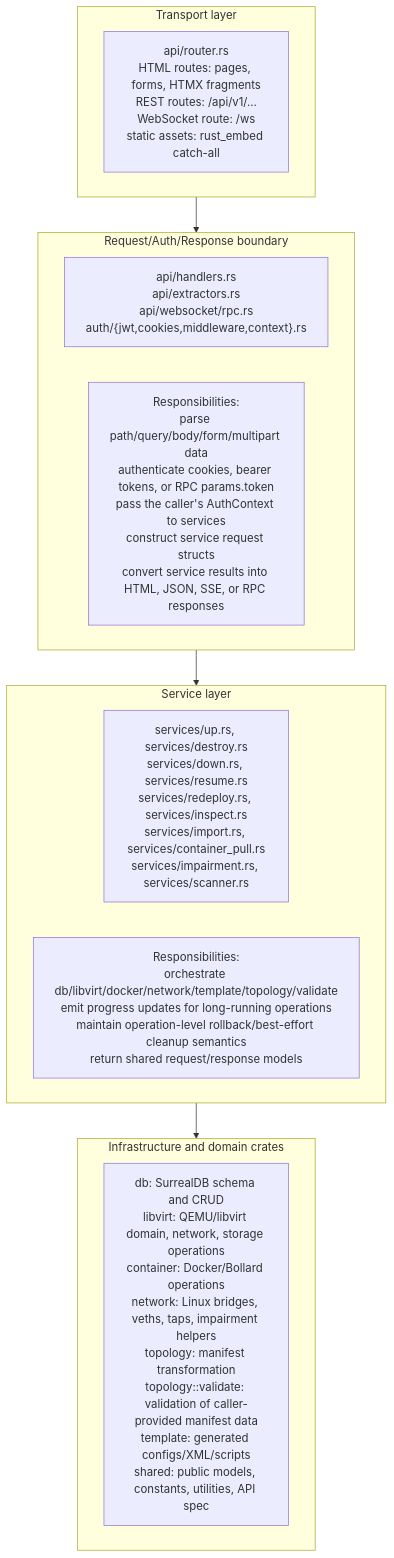
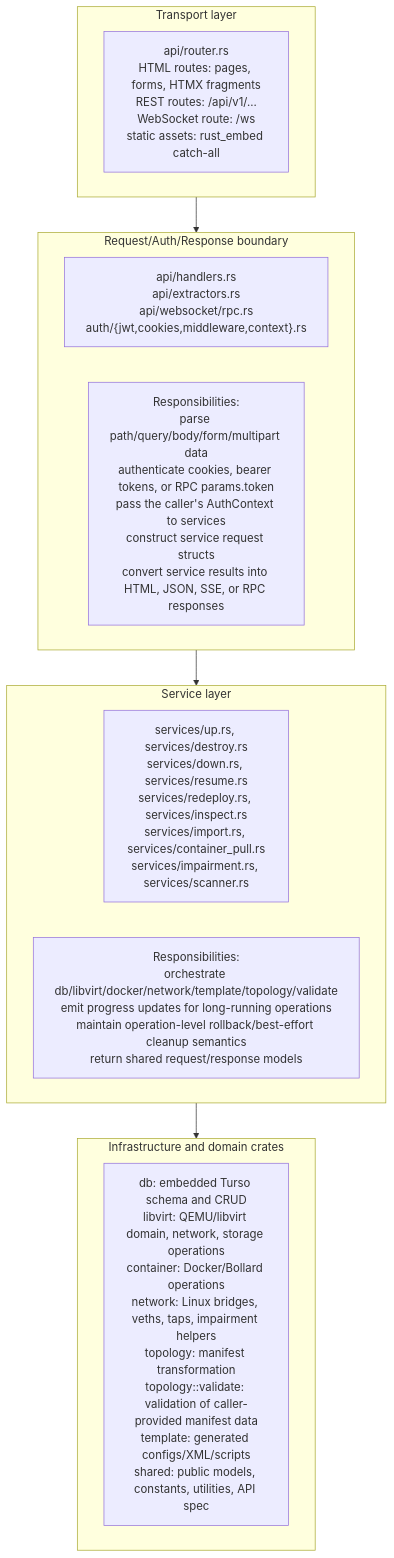
The second of 26 diagrams in docs/architecture/SERVER.md (bwks/sherpa), drawn with Mermaid before and after one commit. The commit also changed other lines of this file and 145 other files, not shown here.

````diff
--- a/docs/architecture/SERVER.md
+++ b/docs/architecture/SERVER.md
@@ -35,20 +35,20 @@
 ```mermaid
 flowchart TB
     subgraph transport["Transport layer"]
         router["api/router.rs<br/>HTML routes: pages, forms, HTMX fragments<br/>REST routes: /api/v1/...<br/>WebSocket route: /ws<br/>static assets: rust_embed catch-all"]
     end
     subgraph boundary["Request/Auth/Response boundary"]
         boundaryfiles["api/handlers.rs<br/>api/extractors.rs<br/>api/websocket/rpc.rs<br/>auth/{jwt,cookies,middleware,context}.rs"]
         boundaryduties["Responsibilities:<br/>parse path/query/body/form/multipart data<br/>authenticate cookies, bearer tokens, or RPC params.token<br/>pass the caller's AuthContext to services<br/>construct service request structs<br/>convert service results into HTML, JSON, SSE, or RPC responses"]
     end
     subgraph servicelayer["Service layer"]
         servicefiles["services/up.rs, services/destroy.rs<br/>services/down.rs, services/resume.rs<br/>services/redeploy.rs, services/inspect.rs<br/>services/import.rs, services/container_pull.rs<br/>services/impairment.rs, services/scanner.rs"]
         serviceduties["Responsibilities:<br/>orchestrate db/libvirt/docker/network/template/topology/validate<br/>emit progress updates for long-running operations<br/>maintain operation-level rollback/best-effort cleanup semantics<br/>return shared request/response models"]
     end
     subgraph infra["Infrastructure and domain crates"]
-        crates["db: SurrealDB schema and CRUD<br/>libvirt: QEMU/libvirt domain, network, storage operations<br/>container: Docker/Bollard operations<br/>network: Linux bridges, veths, taps, impairment helpers<br/>topology: manifest transformation<br/>topology::validate: validation of caller-provided manifest data<br/>template: generated configs/XML/scripts<br/>shared: public models, constants, utilities, API spec"]
+        crates["db: embedded Turso schema and CRUD<br/>libvirt: QEMU/libvirt domain, network, storage operations<br/>container: Docker/Bollard operations<br/>network: Linux bridges, veths, taps, impairment helpers<br/>topology: manifest transformation<br/>topology::validate: validation of caller-provided manifest data<br/>template: generated configs/XML/scripts<br/>shared: public models, constants, utilities, API spec"]
     end
     transport --> boundary
     boundary --> servicelayer
     servicelayer --> infra
 ```
````
